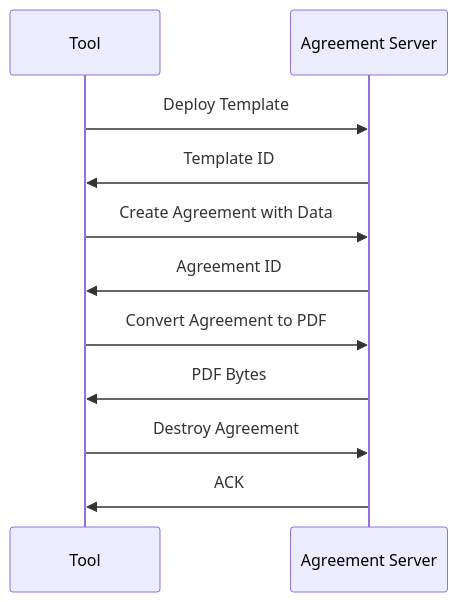
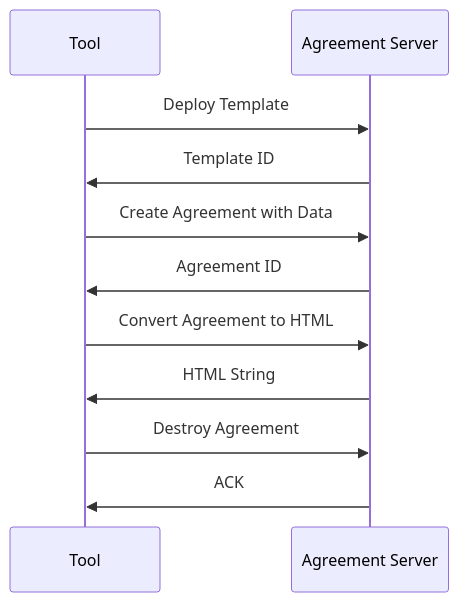
The diagram in README.md (accordproject/apap), drawn with Mermaid before and after one commit. The commit also changed other lines of this file, not shown here.

````diff
--- a/README.md
+++ b/README.md
@@ -19,13 +19,13 @@
 ```mermaid
 sequenceDiagram
     participant T as Tool
     participant S as Agreement Server
     T->>S: Deploy Template
     S->>T: Template ID
     T->>S: Create Agreement with Data
     S->>T: Agreement ID
-    T->>S: Convert Agreement to PDF
-    S->>T: PDF Bytes
+    T->>S: Convert Agreement to HTML
+    S->>T: HTML String
     T->>S: Destroy Agreement
     S->>T: ACK
 ```
````
